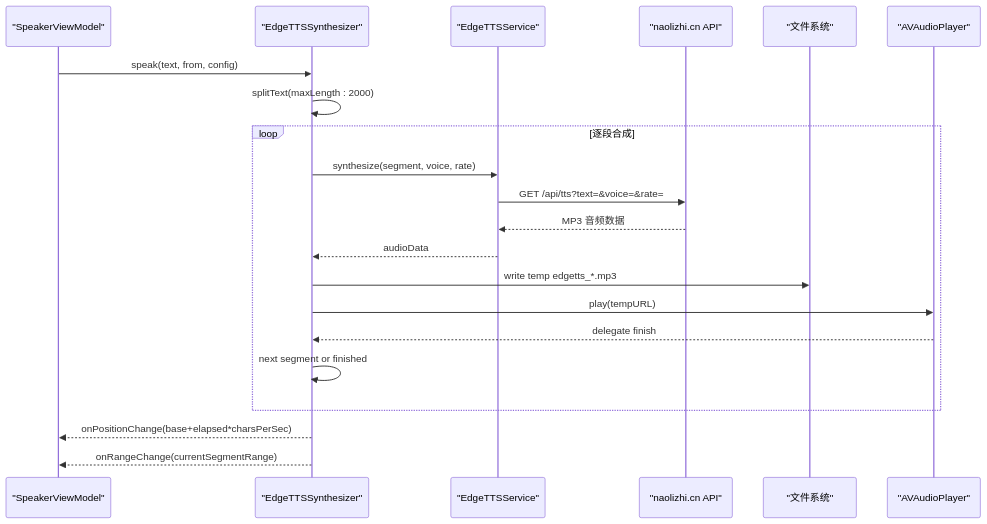
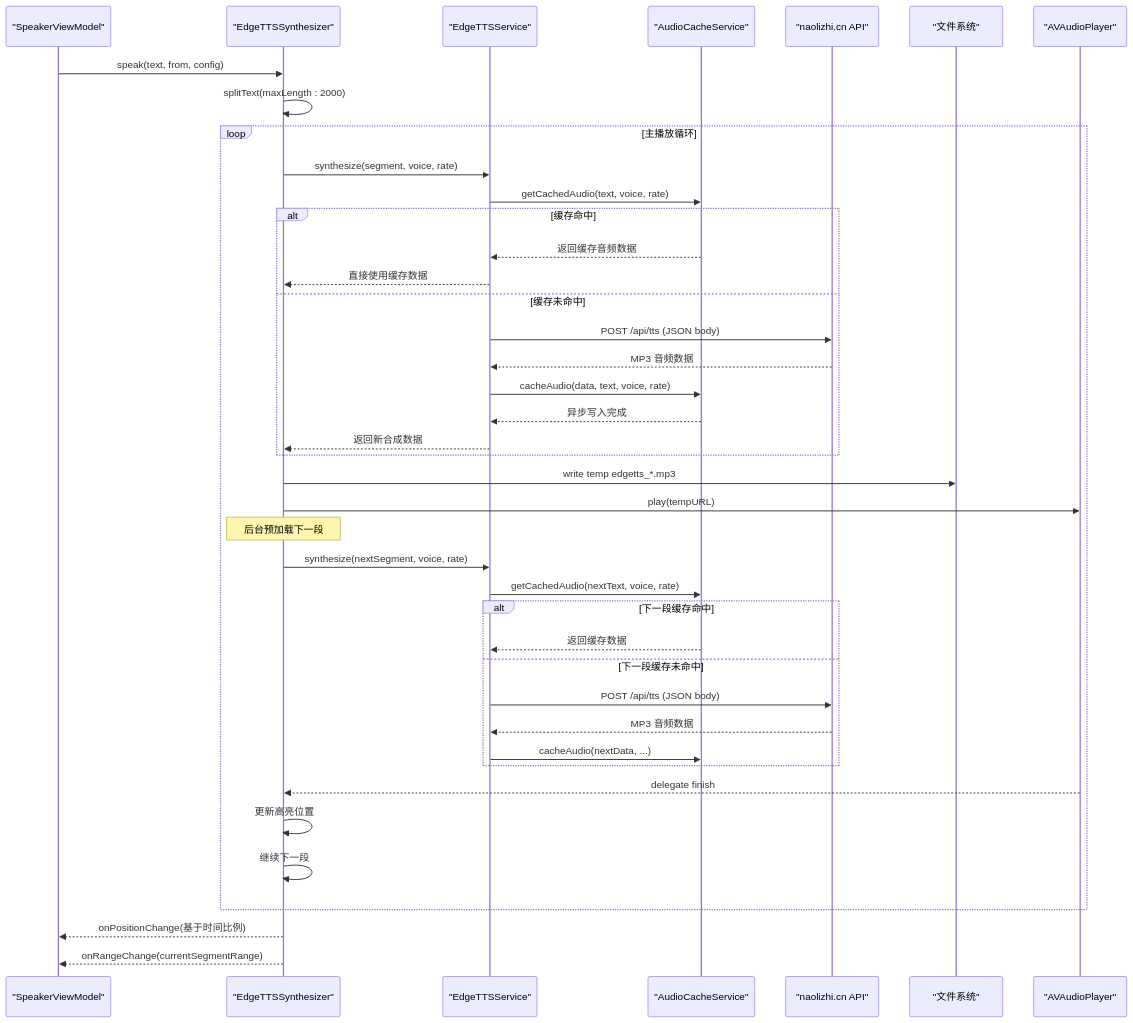
The sixth of 9 diagrams in .qoder/repowiki/zh/content/核心功能模块/语音合成系统/语音合成系统.md (Primoguo/VoiceReader), drawn with Mermaid before and after one commit. The commit also changed other lines of this file and 92 other files, not shown here.

````diff
--- a/.qoder/repowiki/zh/content/核心功能模块/语音合成系统/语音合成系统.md
+++ b/.qoder/repowiki/zh/content/核心功能模块/语音合成系统/语音合成系统.md
@@ -393,23 +488,43 @@
 ```mermaid
 sequenceDiagram
 participant VM as "SpeakerViewModel"
 participant ETS as "EdgeTTSSynthesizer"
 participant ETSvc as "EdgeTTSService"
+participant Cache as "AudioCacheService"
 participant API as "naolizhi.cn API"
 participant FS as "文件系统"
 participant AP as "AVAudioPlayer"
 VM->>ETS : speak(text, from, config)
 ETS->>ETS : splitText(maxLength : 2000)
-loop 逐段合成
+loop 主播放循环
 ETS->>ETSvc : synthesize(segment, voice, rate)
-ETSvc->>API : GET /api/tts?text=&voice=&rate=
+ETSvc->>Cache : getCachedAudio(text, voice, rate)
+alt 缓存命中
+Cache-->>ETSvc : 返回缓存音频数据
+ETSvc-->>ETS : 直接使用缓存数据
+else 缓存未命中
+ETSvc->>API : POST /api/tts (JSON body)
 API-->>ETSvc : MP3 音频数据
-ETSvc-->>ETS : audioData
+ETSvc->>Cache : cacheAudio(data, text, voice, rate)
+Cache-->>ETSvc : 异步写入完成
+ETSvc-->>ETS : 返回新合成数据
+end
 ETS->>FS : write temp edgetts_*.mp3
 ETS->>AP : play(tempURL)
+Note over ETS : 后台预加载下一段
+ETS->>ETSvc : synthesize(nextSegment, voice, rate)
+ETSvc->>Cache : getCachedAudio(nextText, voice, rate)
+alt 下一段缓存命中
+Cache-->>ETSvc : 返回缓存数据
+else 下一段缓存未命中
+ETSvc->>API : POST /api/tts (JSON body)
+API-->>ETSvc : MP3 音频数据
+ETSvc->>Cache : cacheAudio(nextData, ...)
+end
 AP-->>ETS : delegate finish
-ETS->>ETS : next segment or finished
+ETS->>ETS : 更新高亮位置
+ETS->>ETS : 继续下一段
 end
-ETS-->>VM : onPositionChange(base+elapsed*charsPerSec)
+ETS-->>VM : onPositionChange(基于时间比例)
 ETS-->>VM : onRangeChange(currentSegmentRange)
 ```
````
